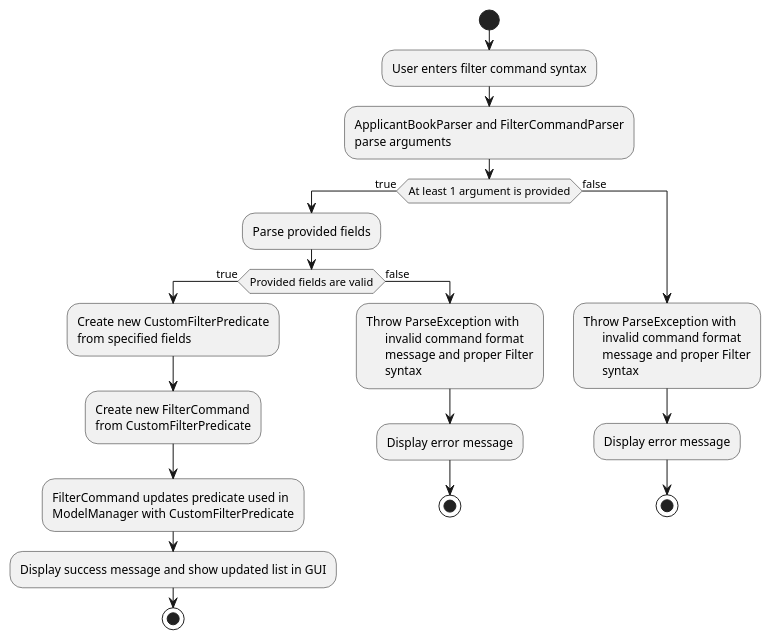
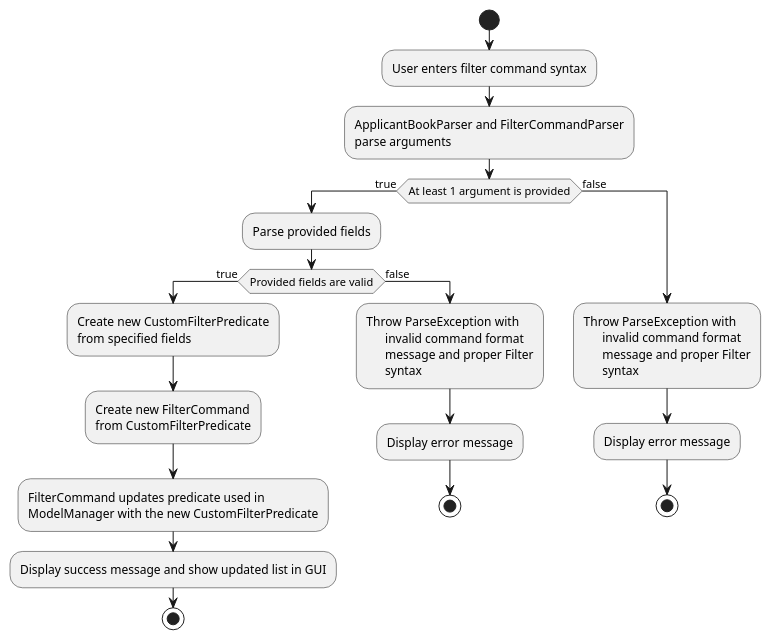
One commit to craigtonlian/tp changed the diagram in diagrams/FilterCommandActivityDiagram.puml. Above: the diagram before and after it, drawn with PlantUML. The commit also changed 41 other files, not shown here.

```diff
--- a/diagrams/FilterCommandActivityDiagram.puml
+++ b/diagrams/FilterCommandActivityDiagram.puml
@@ -1,41 +1,41 @@
 @startuml
 'https://plantuml.com/activity-diagram-beta
 
 start
 :User enters filter command syntax;
 :ApplicantBookParser and FilterCommandParser
 parse arguments;
 if (At least 1 argument is provided) then (true)
   :Parse provided fields;
   if (Provided fields are valid) then (true)
       :Create new CustomFilterPredicate
       from specified fields;
       :Create new FilterCommand
       from CustomFilterPredicate;
       :FilterCommand updates predicate used in
-      ModelManager with CustomFilterPredicate;
+      ModelManager with the new CustomFilterPredicate;
       :Display success message and show updated list in GUI;
       stop
   else (false)
   :Throw ParseException with
         invalid command format
         message and proper Filter
         syntax;
         :Display error message;
         stop
     endif
 
 else (false)
 label 1
 label 2
 label 3
 
 :Throw ParseException with
       invalid command format
       message and proper Filter
       syntax;
       :Display error message;
       stop
 endif
 
 @enduml
```
